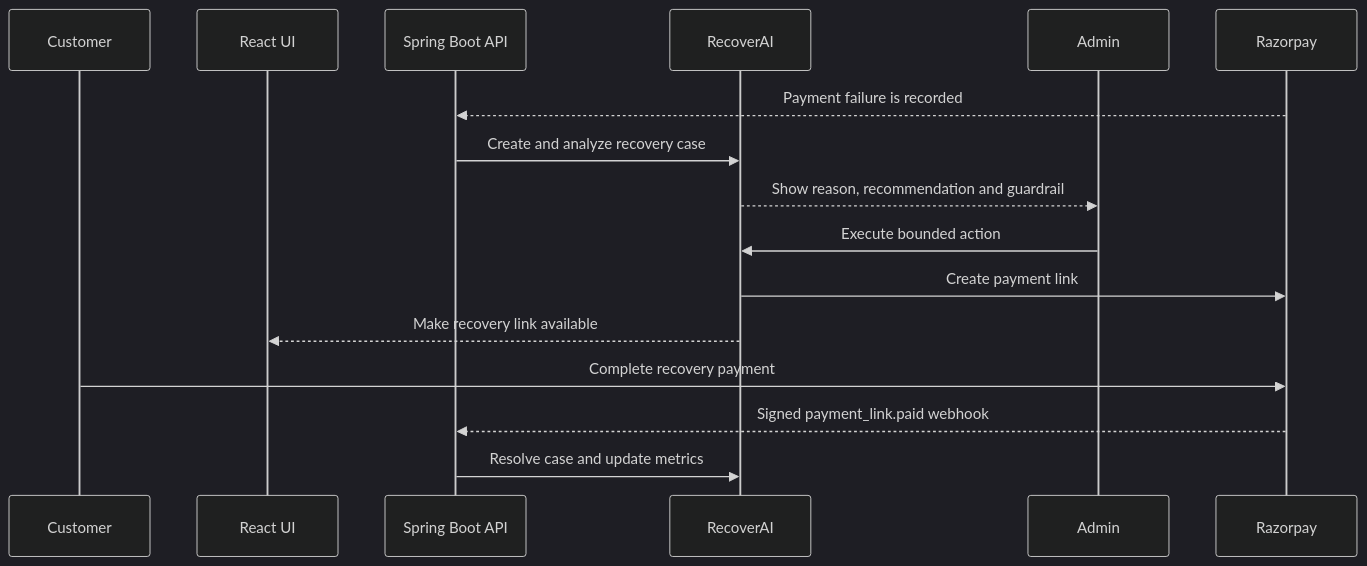
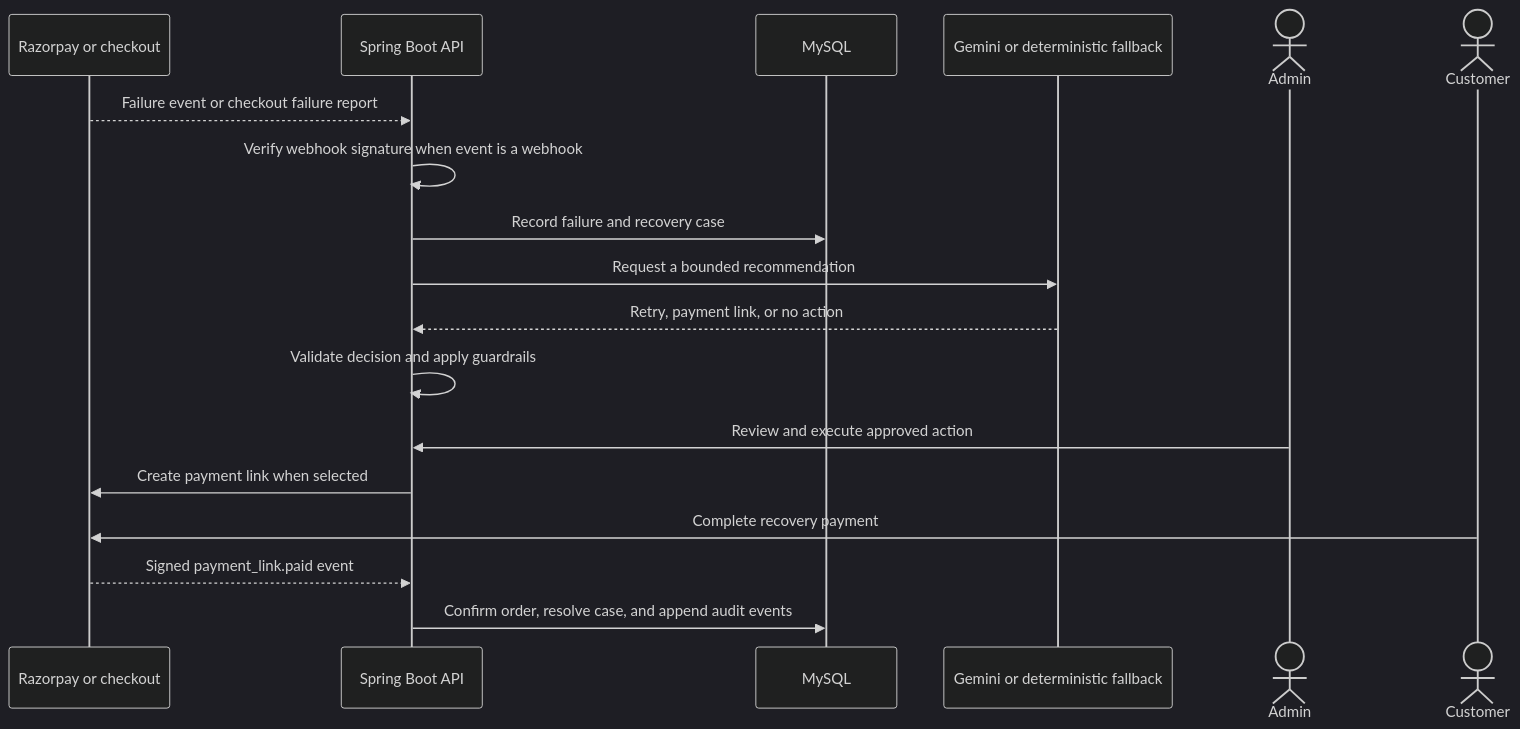
Before and after one commit to swatipathak770/nexcart: the third of 3 diagrams in README.md, drawn with Mermaid (dark theme). The commit also changed other lines of this file and 7 other files, not shown here.

````diff
--- a/README.md
+++ b/README.md
@@ -158,19 +201,21 @@
 ```mermaid
 sequenceDiagram
-    participant Customer
-    participant UI as React UI
+    participant RZ as Razorpay or checkout
     participant API as Spring Boot API
-    participant RecoverAI
-    participant Admin
-    participant Razorpay
+    participant DB as MySQL
+    participant AI as Gemini or deterministic fallback
+    actor Admin
+    actor Customer
 
-    Razorpay-->>API: Payment failure is recorded
-    API->>RecoverAI: Create and analyze recovery case
-    RecoverAI-->>Admin: Show reason, recommendation and guardrail
-    Admin->>RecoverAI: Execute bounded action
-    RecoverAI->>Razorpay: Create payment link
-    RecoverAI-->>UI: Make recovery link available
-    Customer->>Razorpay: Complete recovery payment
-    Razorpay-->>API: Signed payment_link.paid webhook
-    API->>RecoverAI: Resolve case and update metrics
+    RZ-->>API: Failure event or checkout failure report
+    API->>API: Verify webhook signature when event is a webhook
+    API->>DB: Record failure and recovery case
+    API->>AI: Request a bounded recommendation
+    AI-->>API: Retry, payment link, or no action
+    API->>API: Validate decision and apply guardrails
+    Admin->>API: Review and execute approved action
+    API->>RZ: Create payment link when selected
+    Customer->>RZ: Complete recovery payment
+    RZ-->>API: Signed payment_link.paid event
+    API->>DB: Confirm order, resolve case, and append audit events
 ```
````
